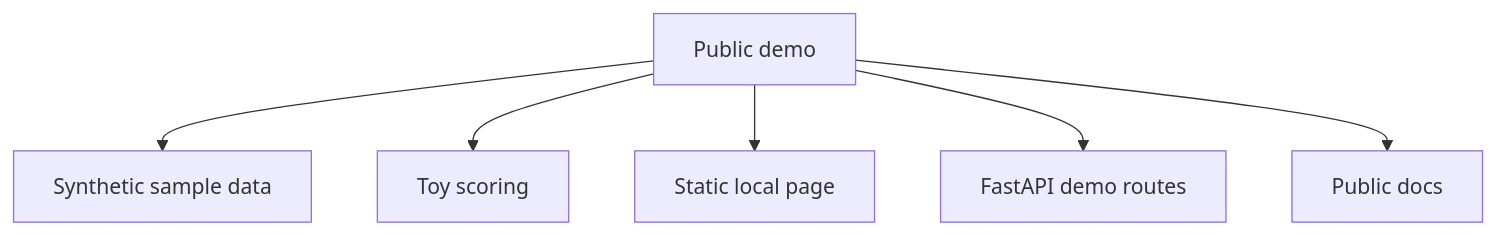
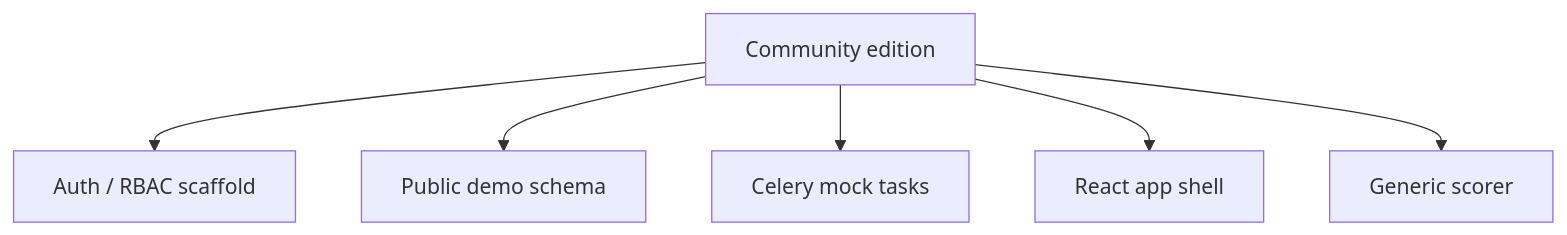
The first of 2 diagrams in docs/open-core-boundary.md (jinjinwa/upup-review-assistant), drawn with Mermaid before and after one commit. The commit also changed other lines of this file and 93 other files, not shown here.

Commit message:
sync: update open-core community scaffold

````diff
--- a/docs/open-core-boundary.md
+++ b/docs/open-core-boundary.md
@@ -7,8 +5,8 @@
 ```mermaid
 flowchart TB
-  P["Public demo"] --> A["Synthetic sample data"]
-  P --> B["Toy scoring"]
-  P --> C["Static local page"]
-  P --> D["FastAPI demo routes"]
-  P --> E["Public docs"]
+  Public["Community edition"] --> Auth["Auth / RBAC scaffold"]
+  Public --> DB["Public demo schema"]
+  Public --> Tasks["Celery mock tasks"]
+  Public --> UI["React app shell"]
+  Public --> Score["Generic scorer"]
 ```
````
